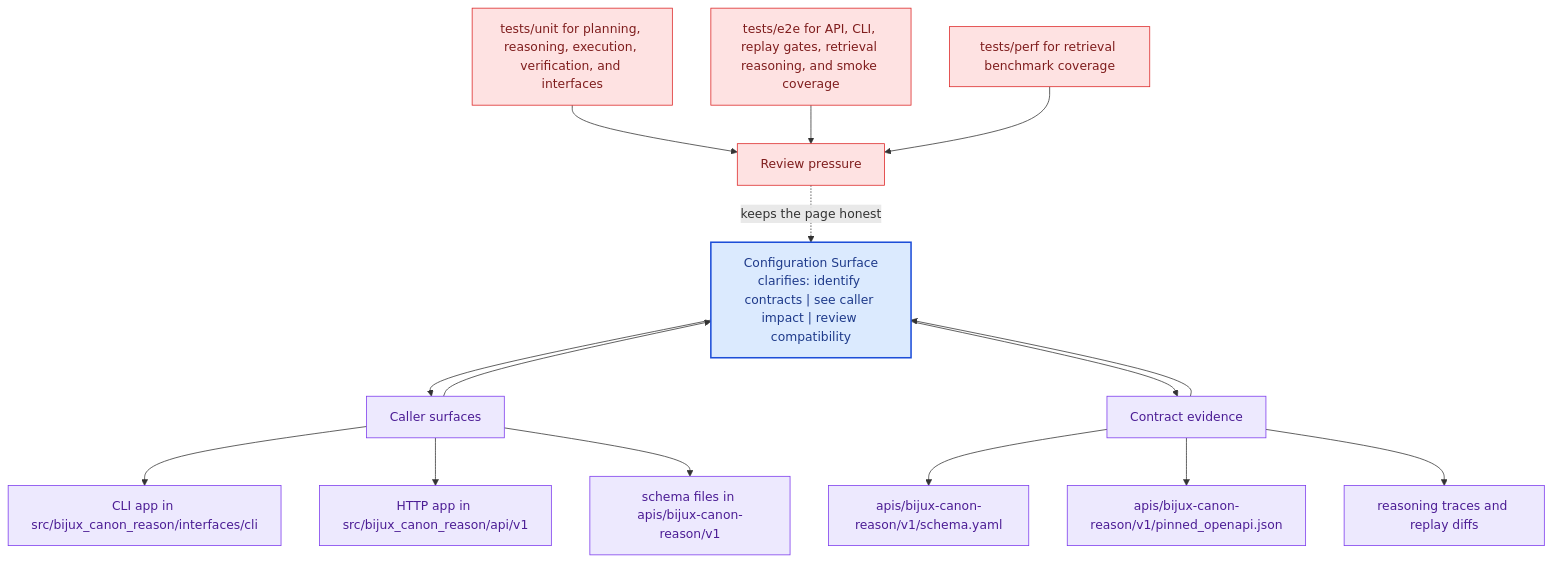
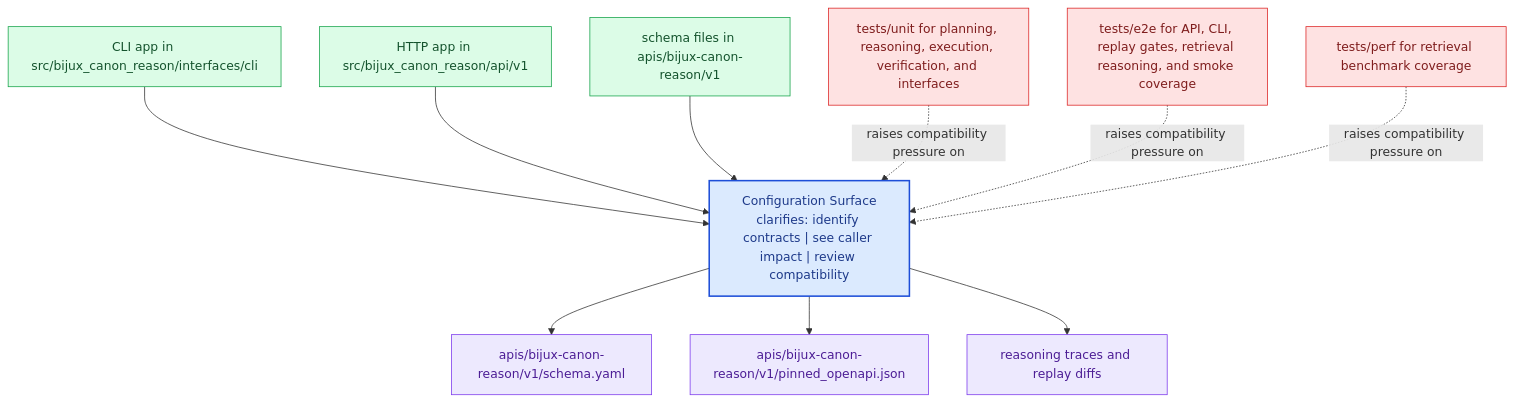
One commit to bijux/bijux-canon changed the diagram in docs/bijux-canon-reason/interfaces/configuration-surface.md. Above: the diagram before and after it, drawn with Mermaid. The commit also changed other lines of this file and 281 other files, not shown here.

Commit message:
docs(diagrams): replace repeated mermaid scaffolds with page-specific summaries

````diff
--- a/docs/bijux-canon-reason/interfaces/configuration-surface.md
+++ b/docs/bijux-canon-reason/interfaces/configuration-surface.md
@@ -68,41 +23,31 @@
 ```mermaid
 flowchart TB
-    promise["Configuration Surface<br/>clarifies: identify contracts | see caller impact | review compatibility"]
-    classDef promise fill:#dbeafe,stroke:#1d4ed8,color:#1e3a8a,stroke-width:2px;
-    classDef driver fill:#dcfce7,stroke:#16a34a,color:#14532d;
-    classDef constraint fill:#fee2e2,stroke:#dc2626,color:#7f1d1d;
-    classDef ground fill:#ede9fe,stroke:#7c3aed,color:#4c1d95;
-    focus1["Caller surfaces"]
-    focus1 --> promise
-    promise --> focus1
-    focus1_1["CLI app in src/bijux_canon_reason/interfaces/cli"]
-    focus1 --> focus1_1
-    focus1_2["HTTP app in src/bijux_canon_reason/api/v1"]
-    focus1 --> focus1_2
-    focus1_3["schema files in apis/bijux-canon-reason/v1"]
-    focus1 --> focus1_3
-    class focus1 ground;
-    class focus1_1,focus1_2,focus1_3 ground;
-    focus2["Contract evidence"]
-    focus2 --> promise
-    promise --> focus2
-    focus2_1["apis/bijux-canon-reason/v1/schema.yaml"]
-    focus2 --> focus2_1
-    focus2_2["apis/bijux-canon-reason/v1/pinned_openapi.json"]
-    focus2 --> focus2_2
-    focus2_3["reasoning traces and replay diffs"]
-    focus2 --> focus2_3
-    class focus2 ground;
-    class focus2_1,focus2_2,focus2_3 ground;
-    focus3["Review pressure"]
-    focus3 -.keeps the page honest.-> promise
-    focus3_1["tests/unit for planning, reasoning, execution, verification, and interfaces"]
-    focus3_1 --> focus3
-    focus3_2["tests/e2e for API, CLI, replay gates, retrieval reasoning, and smoke coverage"]
-    focus3_2 --> focus3
-    focus3_3["tests/perf for retrieval benchmark coverage"]
-    focus3_3 --> focus3
-    class focus3 constraint;
-    class focus3_1,focus3_2,focus3_3 constraint;
-    class promise promise;
+    page["Configuration Surface<br/>clarifies: identify contracts | see caller impact | review compatibility"]
+    classDef page fill:#dbeafe,stroke:#1d4ed8,color:#1e3a8a,stroke-width:2px;
+    classDef positive fill:#dcfce7,stroke:#16a34a,color:#14532d;
+    classDef caution fill:#fee2e2,stroke:#dc2626,color:#7f1d1d;
+    classDef anchor fill:#ede9fe,stroke:#7c3aed,color:#4c1d95;
+    classDef action fill:#fef3c7,stroke:#d97706,color:#7c2d12;
+    surface1["CLI app in src/bijux_canon_reason/interfaces/cli"]
+    surface1 --> page
+    surface2["HTTP app in src/bijux_canon_reason/api/v1"]
+    surface2 --> page
+    surface3["schema files in apis/bijux-canon-reason/v1"]
+    surface3 --> page
+    proof1["apis/bijux-canon-reason/v1/schema.yaml"]
+    page --> proof1
+    proof2["apis/bijux-canon-reason/v1/pinned_openapi.json"]
+    page --> proof2
+    proof3["reasoning traces and replay diffs"]
+    page --> proof3
+    review1["tests/unit for planning, reasoning, execution, verification, and interfaces"]
+    review1 -.raises compatibility pressure on.-> page
+    review2["tests/e2e for API, CLI, replay gates, retrieval reasoning, and smoke coverage"]
+    review2 -.raises compatibility pressure on.-> page
+    review3["tests/perf for retrieval benchmark coverage"]
+    review3 -.raises compatibility pressure on.-> page
+    class page page;
+    class surface1,surface2,surface3 positive;
+    class proof1,proof2,proof3 anchor;
+    class review1,review2,review3 caution;
 ```
````
